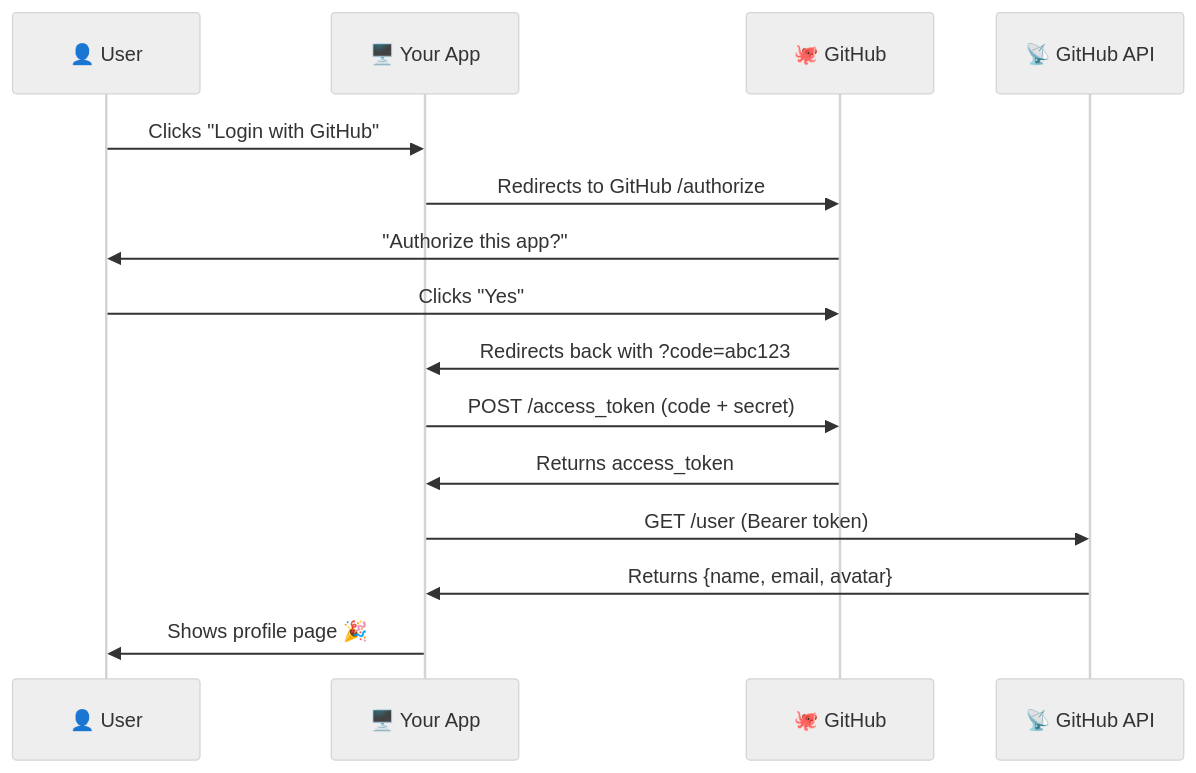
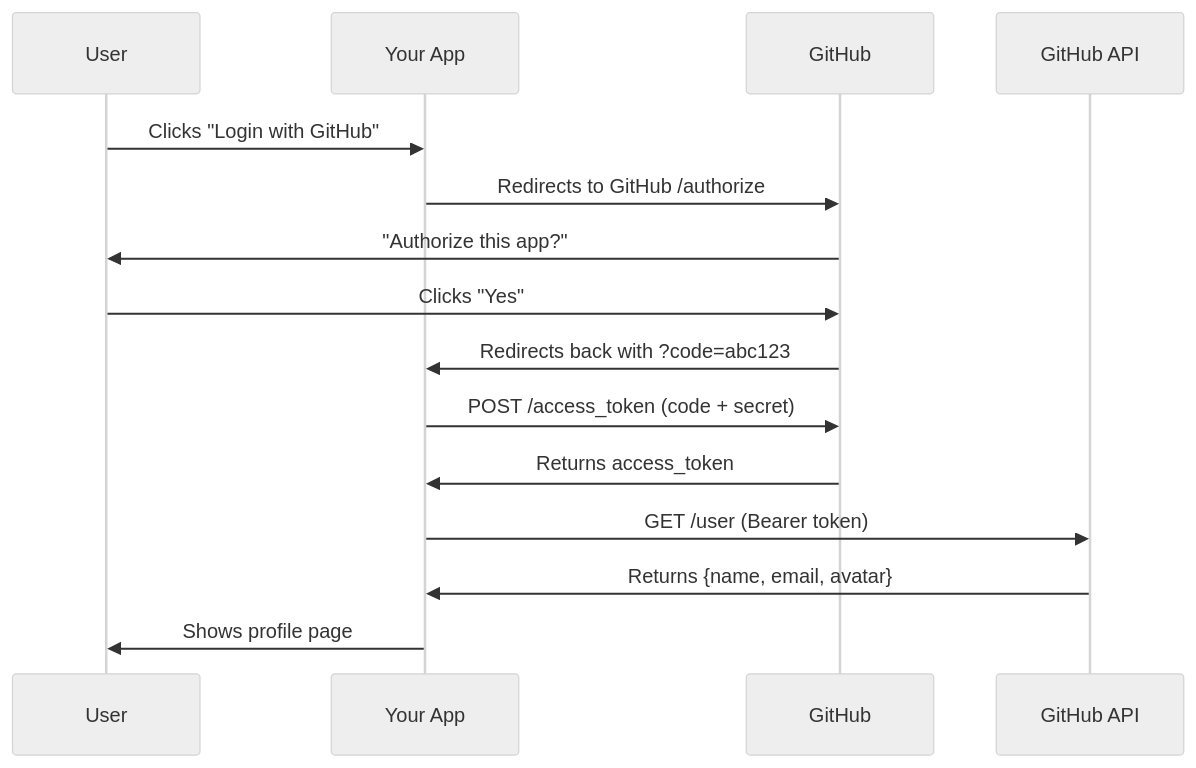
Before and after one commit to pranavkumaarofficial/oauth-for-dummies: the diagram in README.md, drawn with Mermaid (neutral theme). The commit also changed other lines of this file and 23 other files, not shown here.

````diff
--- a/README.md
+++ b/README.md
@@ -217,18 +205,18 @@
 ```mermaid
 sequenceDiagram
-    participant U as 👤 User
-    participant A as 🖥️ Your App
-    participant G as 🐙 GitHub
-    participant API as 📡 GitHub API
+    participant U as User
+    participant A as Your App
+    participant G as GitHub
+    participant API as GitHub API
 
     U->>A: Clicks "Login with GitHub"
     A->>G: Redirects to GitHub /authorize
     G->>U: "Authorize this app?"
     U->>G: Clicks "Yes"
     G->>A: Redirects back with ?code=abc123
     A->>G: POST /access_token (code + secret)
     G->>A: Returns access_token
     A->>API: GET /user (Bearer token)
     API->>A: Returns {name, email, avatar}
-    A->>U: Shows profile page 🎉
+    A->>U: Shows profile page
 ```
````
